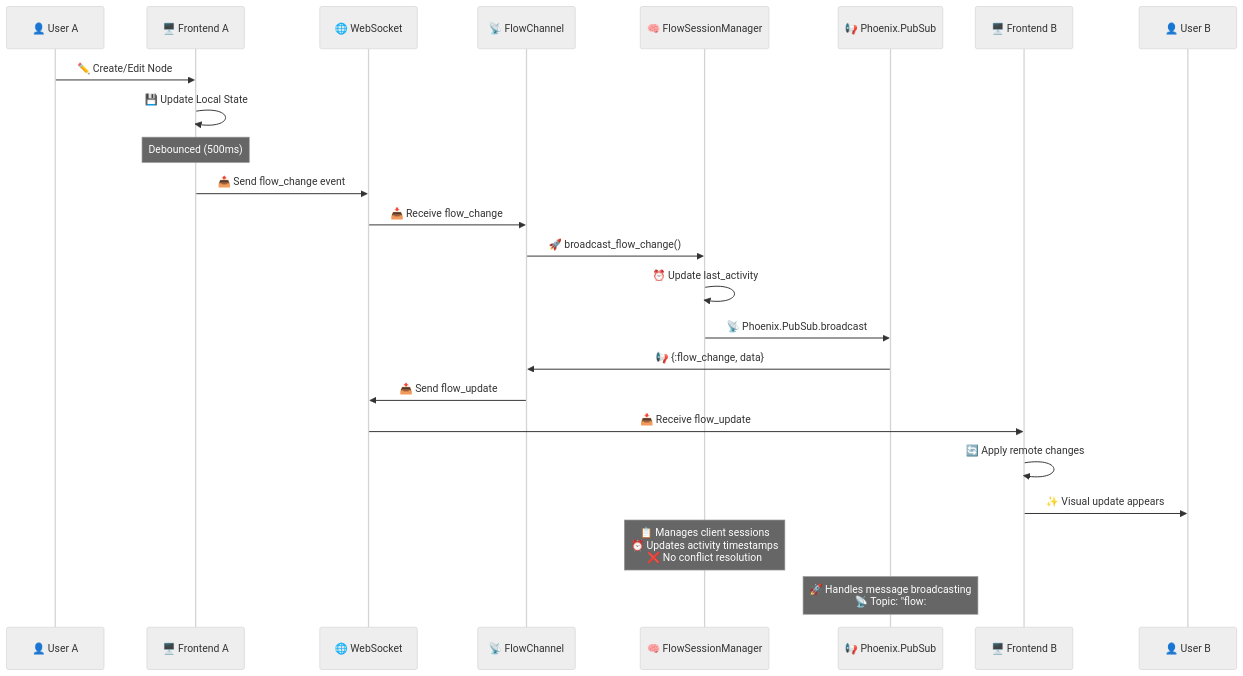
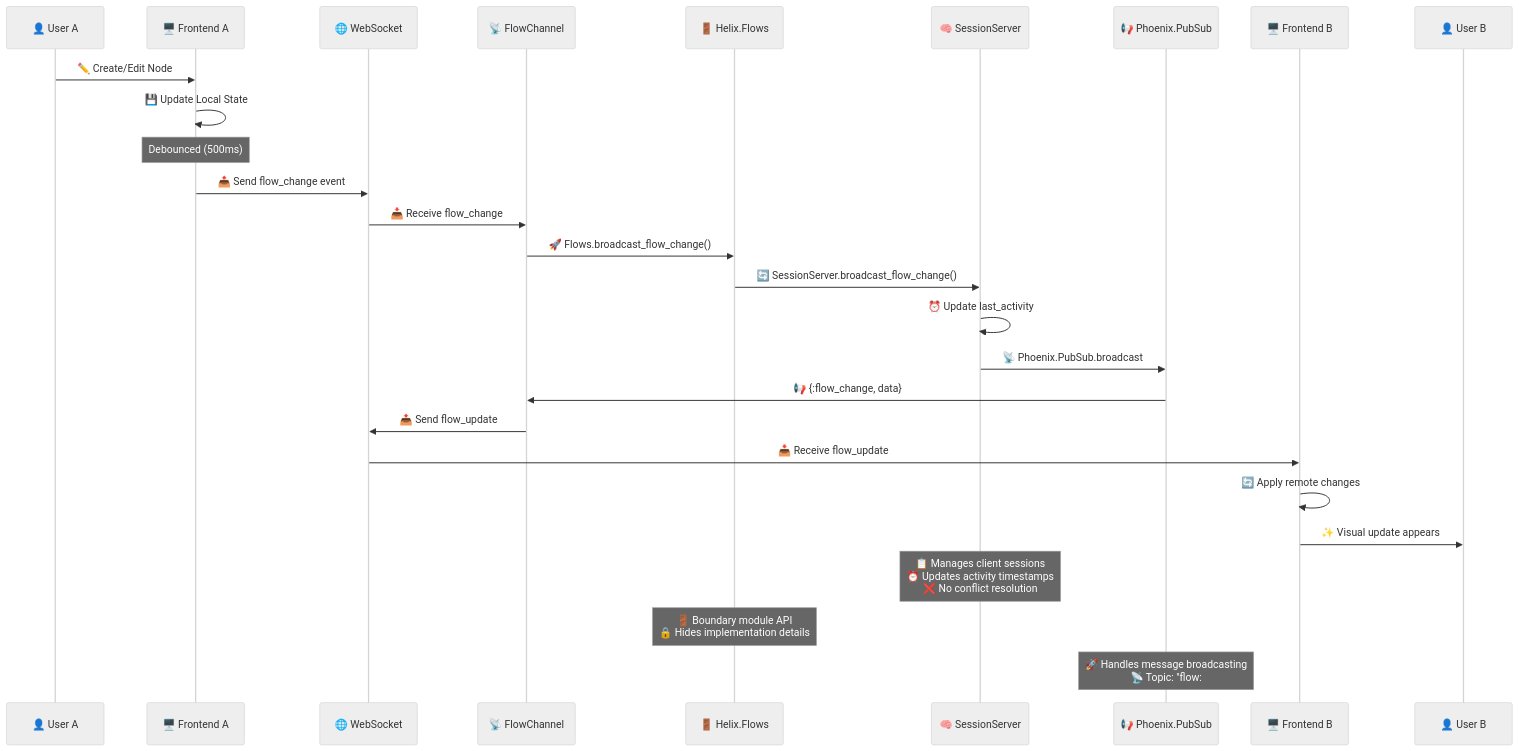
The second of 3 diagrams in docs/architecture.md (ccarvalho-eng/helix), drawn with Mermaid before and after one commit. The commit also changed other lines of this file and 15 other files, not shown here.

First line of the commit message:
refactor(flows): Redesign flow management with OTP principles

````diff
--- a/docs/architecture.md
+++ b/docs/architecture.md
@@ -73,29 +75,32 @@
 ```mermaid
 %%{init: {'theme':'neutral'}}%%
 sequenceDiagram
     participant UA as 👤 User A
     participant FA as 🖥️ Frontend A
     participant WS as 🌐 WebSocket
     participant FC as 📡 FlowChannel
-    participant FSM as 🧠 FlowSessionManager
+    participant FBM as 🚪 Helix.Flows
+    participant SS as 🧠 SessionServer
     participant PUB as 📢 Phoenix.PubSub
     participant FB as 🖥️ Frontend B
     participant UB as 👤 User B
 
     UA->>FA: ✏️ Create/Edit Node
     FA->>FA: 💾 Update Local State
     Note over FA: Debounced (500ms)
     FA->>WS: 📤 Send flow_change event
     WS->>FC: 📥 Receive flow_change
-    FC->>FSM: 🚀 broadcast_flow_change()
-    FSM->>FSM: ⏰ Update last_activity
-    FSM->>PUB: 📡 Phoenix.PubSub.broadcast
+    FC->>FBM: 🚀 Flows.broadcast_flow_change()
+    FBM->>SS: 🔄 SessionServer.broadcast_flow_change()
+    SS->>SS: ⏰ Update last_activity
+    SS->>PUB: 📡 Phoenix.PubSub.broadcast
     PUB->>FC: 📢 {:flow_change, data}
     FC->>WS: 📤 Send flow_update
     WS->>FB: 📥 Receive flow_update
     FB->>FB: 🔄 Apply remote changes
     FB->>UB: ✨ Visual update appears
 
-    Note over FSM: 📋 Manages client sessions<br/>⏰ Updates activity timestamps<br/>❌ No conflict resolution
+    Note over SS: 📋 Manages client sessions<br/>⏰ Updates activity timestamps<br/>❌ No conflict resolution
+    Note over FBM: 🚪 Boundary module API<br/>🔒 Hides implementation details
     Note over PUB: 🚀 Handles message broadcasting<br/>📡 Topic: "flow:#{flow_id}"
 ```
````
